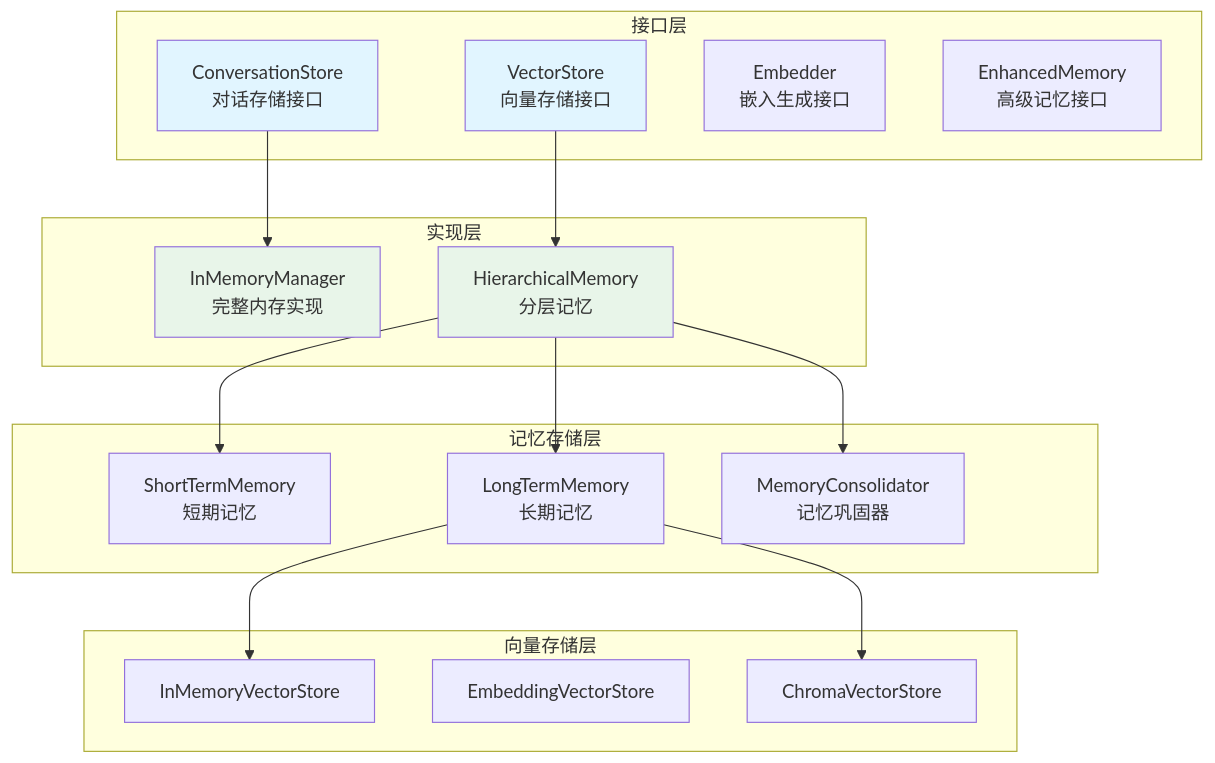
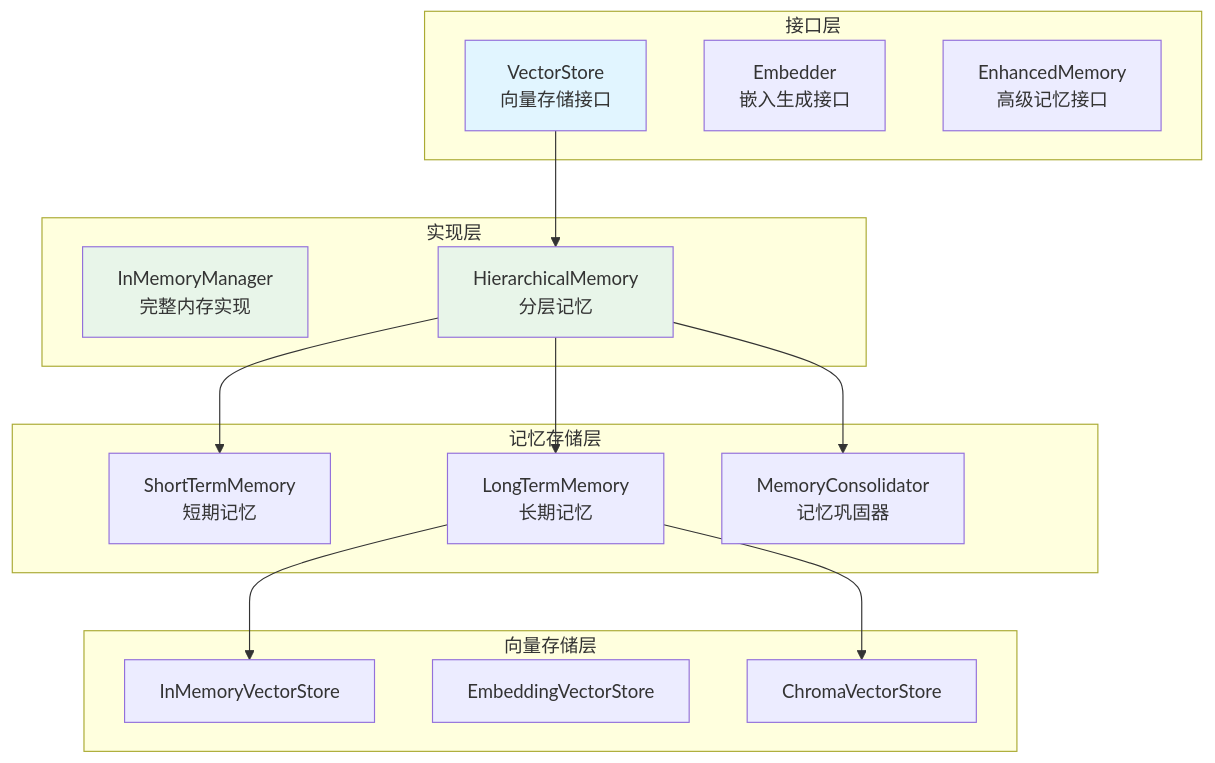
Before and after one commit to kart-io/goagent: the first of 2 diagrams in memory/README.md, drawn with Mermaid. The commit also changed other lines of this file and 77 other files, not shown here.

````diff
--- a/memory/README.md
+++ b/memory/README.md
@@ -18,39 +18,36 @@
 ```mermaid
 graph TB
     subgraph "接口层"
-        ConvStore["ConversationStore<br/>对话存储接口"]
         VecStore["VectorStore<br/>向量存储接口"]
         Embedder["Embedder<br/>嵌入生成接口"]
         EnhancedMem["EnhancedMemory<br/>高级记忆接口"]
     end
 
     subgraph "实现层"
         InMemMgr["InMemoryManager<br/>完整内存实现"]
         HierMem["HierarchicalMemory<br/>分层记忆"]
     end
 
     subgraph "记忆存储层"
         ShortTerm["ShortTermMemory<br/>短期记忆"]
         LongTerm["LongTermMemory<br/>长期记忆"]
         Consolidator["MemoryConsolidator<br/>记忆巩固器"]
     end
 
     subgraph "向量存储层"
         InMemVec["InMemoryVectorStore"]
         EmbedVec["EmbeddingVectorStore"]
         ChromaVec["ChromaVectorStore"]
     end
 
-    ConvStore --> InMemMgr
     VecStore --> HierMem
     HierMem --> ShortTerm
     HierMem --> LongTerm
     HierMem --> Consolidator
     LongTerm --> InMemVec
     LongTerm --> ChromaVec
 
-    style ConvStore fill:#e1f5ff
     style VecStore fill:#e1f5ff
     style InMemMgr fill:#e8f5e9
     style HierMem fill:#e8f5e9
 ```
````
